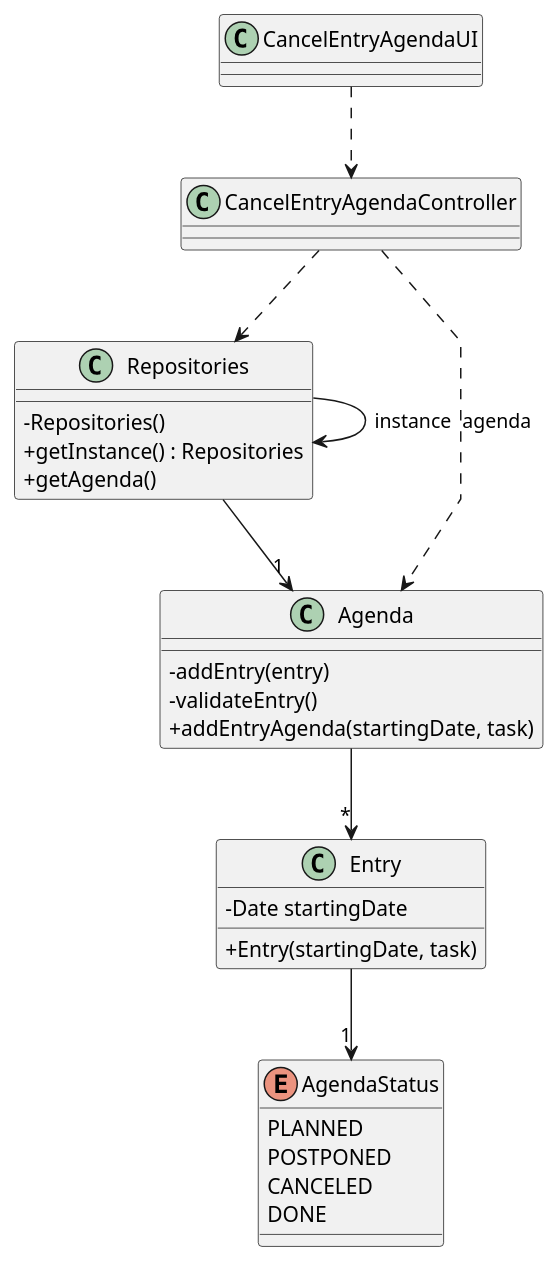
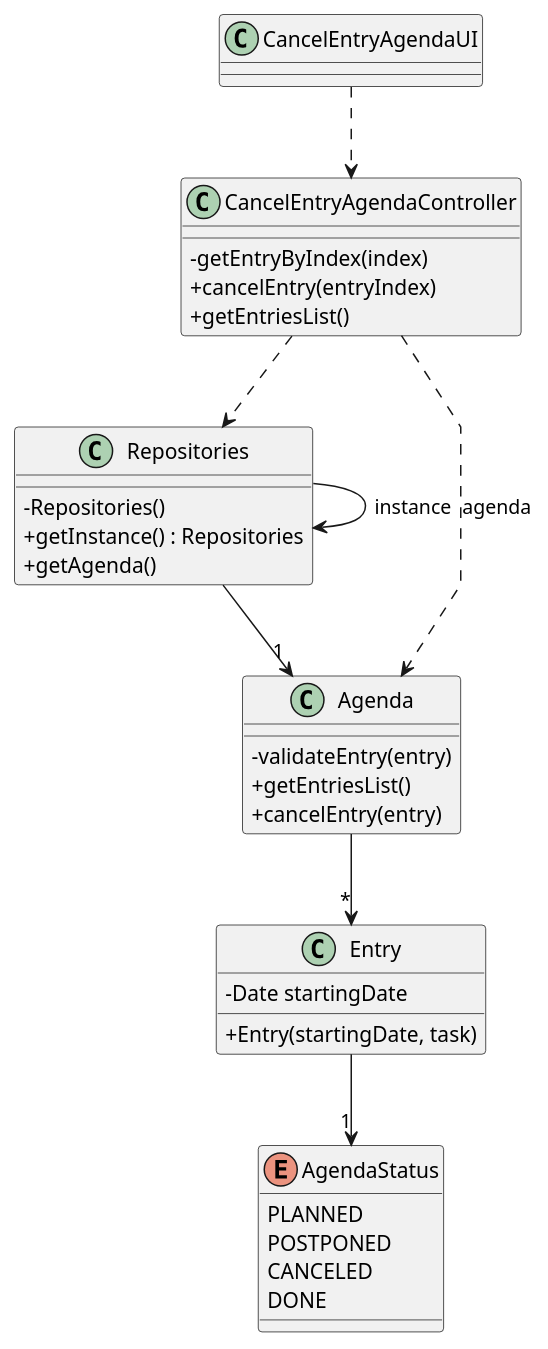
One commit to daniel41silva05/ISEP_2023_2024_LAPR2 changed the diagram in docs/sprintA&B&C/us025/03.design/puml/us025-class-diagram.puml. Above: the diagram before and after it, drawn with PlantUML. The commit also changed 1 other file, not shown here.

Commit message:
US25 Class Diagram Correctionos

```diff
--- a/docs/sprintA&B&C/us025/03.design/puml/us025-class-diagram.puml
+++ b/docs/sprintA&B&C/us025/03.design/puml/us025-class-diagram.puml
@@ -1,53 +1,57 @@
 @startuml
 skinparam packageStyle rectangle
 skinparam shadowing false
 skinparam linetype polyline
 
 
 skinparam classAttributeIconSize 0
 
 class CancelEntryAgendaUI{}
 
 class CancelEntryAgendaController{
+    -getEntryByIndex(index)
+    +cancelEntry(entryIndex)
+    +getEntriesList()
+
 }
 
 class Repositories{
     -Repositories()
     +getInstance() : Repositories
     +getAgenda()
 }
 
 class Agenda{
-    -addEntry(entry)
-    -validateEntry()
-    +addEntryAgenda(startingDate, task)
+    -validateEntry(entry)
+    +getEntriesList()
+    +cancelEntry(entry)
 }
 
 class Entry{
     -Date startingDate
     +Entry(startingDate, task)
 }
 
 enum AgendaStatus {
     PLANNED
     POSTPONED
     CANCELED
     DONE
 }
 
 CancelEntryAgendaUI ..> CancelEntryAgendaController
 
 CancelEntryAgendaController ..> Repositories
 
 CancelEntryAgendaController ..> Agenda: agenda
 
 Repositories --> Repositories: instance
 
 Repositories --> "1" Agenda
 
 Agenda --> "*" Entry
 
 Entry --> "1" AgendaStatus
 
 
 @enduml
```
